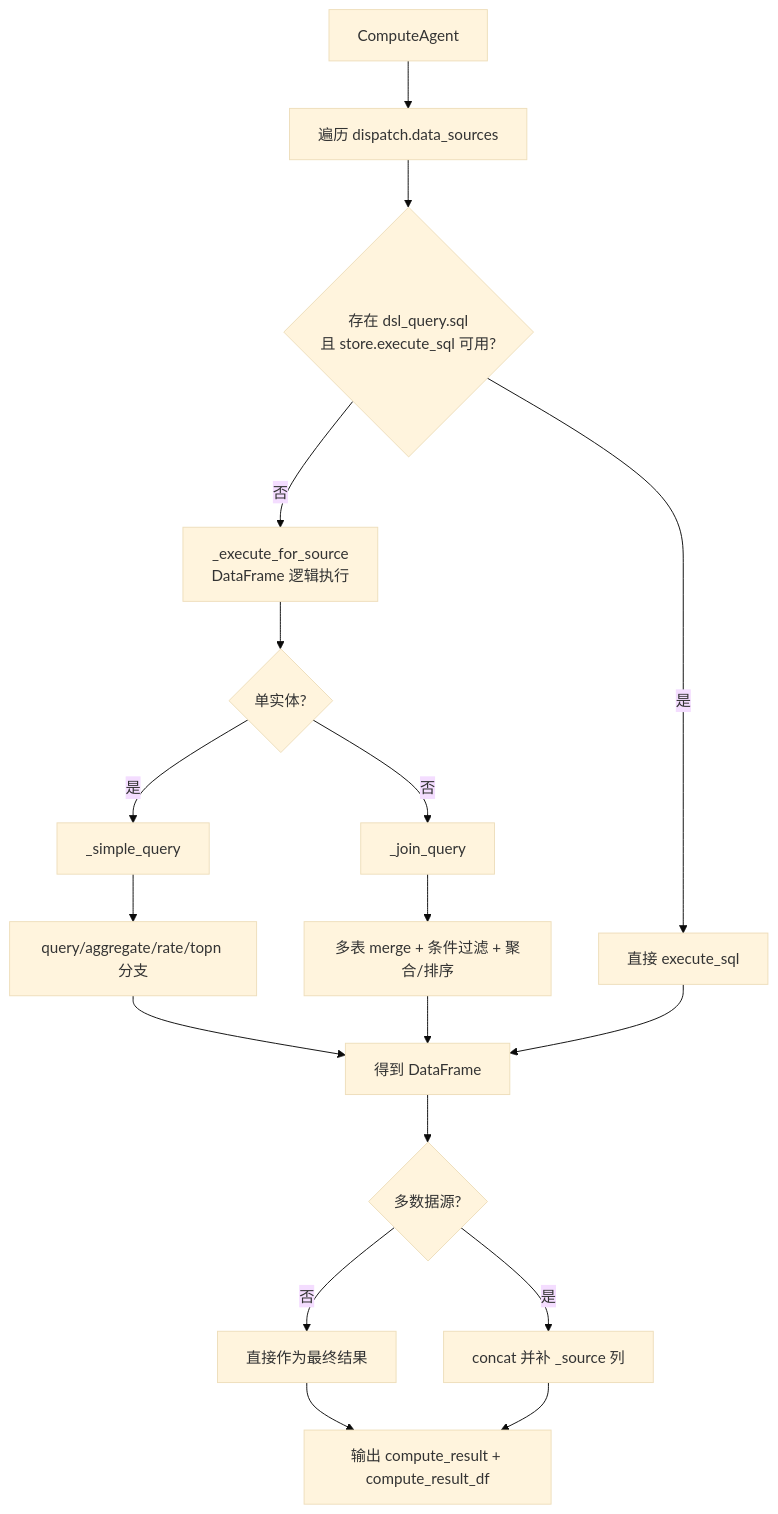
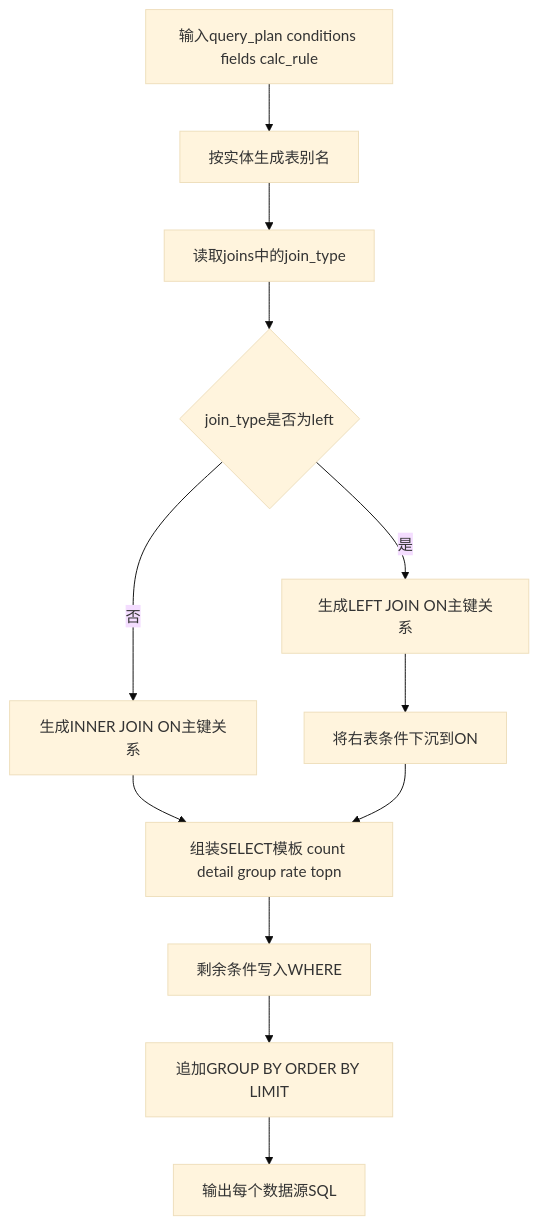
Before and after one commit to fengjianhuaxin/testtodsl: the sixth of 8 diagrams in docs/pipeline_flow_detailed.md, drawn with Mermaid (base theme). The commit also changed other lines of this file, not shown here.

Commit message:
docs: refresh pipeline flowchart for split planner and inner/left join

````diff
--- a/docs/pipeline_flow_detailed.md
+++ b/docs/pipeline_flow_detailed.md
@@ -278,27 +125,16 @@
 ```mermaid
 flowchart TD
-    I0[ComputeAgent] --> I1[遍历 dispatch.data_sources]
-    I1 --> I2{存在 dsl_query.sql
-且 store.execute_sql 可用?}
-    I2 -- 是 --> I3[直接 execute_sql]
-    I2 -- 否 --> I4[_execute_for_source
-DataFrame 逻辑执行]
+    I0[输入query_plan conditions fields calc_rule] --> I1[按实体生成表别名]
+    I1 --> I2[读取joins中的join_type]
+    I2 --> I3{join_type是否为left}
 
-    I4 --> I5{单实体?}
-    I5 -- 是 --> I6[_simple_query]
-    I5 -- 否 --> I7[_join_query]
+    I3 -- 否 --> I4[生成INNER JOIN ON主键关系]
+    I3 -- 是 --> I5[生成LEFT JOIN ON主键关系]
+    I5 --> I6[将右表条件下沉到ON]
 
-    I6 --> I8[query/aggregate/rate/topn 分支]
-    I7 --> I9[多表 merge + 条件过滤 + 聚合/排序]
-
-    I8 --> I10[得到 DataFrame]
-    I9 --> I10
-    I3 --> I10
-
-    I10 --> I11{多数据源?}
-    I11 -- 否 --> I12[直接作为最终结果]
-    I11 -- 是 --> I13[concat 并补 _source 列]
-
-    I12 --> I14[输出 compute_result + compute_result_df]
-    I13 --> I14
+    I4 --> I7[组装SELECT模板 count detail group rate topn]
+    I6 --> I7
+    I7 --> I8[剩余条件写入WHERE]
+    I8 --> I9[追加GROUP BY ORDER BY LIMIT]
+    I9 --> I10[输出每个数据源SQL]
 ```
````
